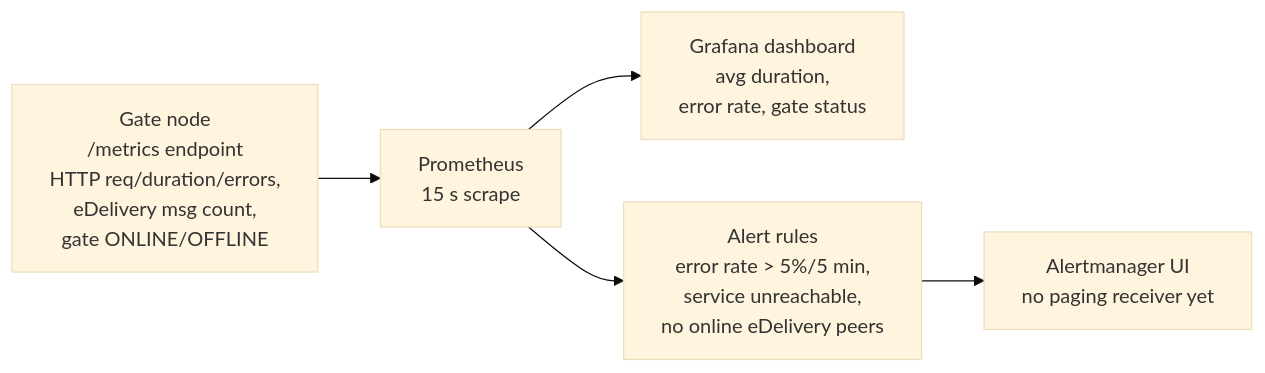
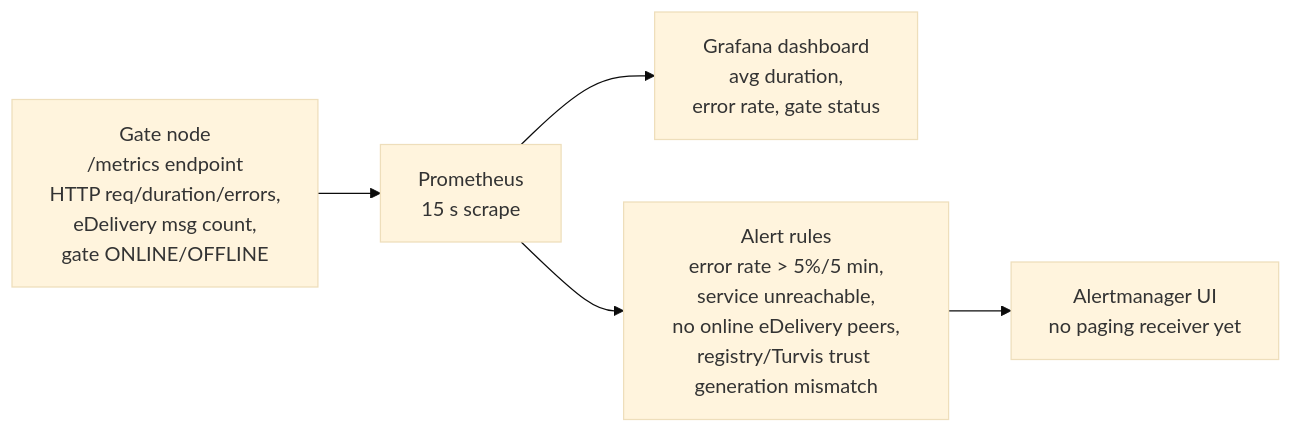
Before and after one commit to kemit-ee/efti-gate-ee: the diagram in docs/architecture/observability/monitoring_and_alerting.md, drawn with Mermaid (base theme). The commit also changed 13 other files, not shown here.

First line of the commit message:
feat(edelivery): expose registry and Turvis trust generations and alert on divergence (SPEC 7.4)

````diff
--- a/docs/architecture/observability/monitoring_and_alerting.md
+++ b/docs/architecture/observability/monitoring_and_alerting.md
@@ -28,7 +28,7 @@
 ```mermaid
 flowchart LR
     Gate[Gate node<br/>/metrics endpoint<br/>HTTP req/duration/errors,<br/>eDelivery msg count,<br/>gate ONLINE/OFFLINE] --> Prom[Prometheus<br/>15 s scrape]
     Prom --> Graf[Grafana dashboard<br/>avg duration,<br/>error rate, gate status]
-    Prom --> Rules[Alert rules<br/>error rate > 5%/5 min,<br/>service unreachable,<br/>no online eDelivery peers]
+    Prom --> Rules[Alert rules<br/>error rate > 5%/5 min,<br/>service unreachable,<br/>no online eDelivery peers,<br/>registry/Turvis trust generation mismatch]
     Rules --> Alert[Alertmanager UI<br/>no paging receiver yet]
 ```
````
